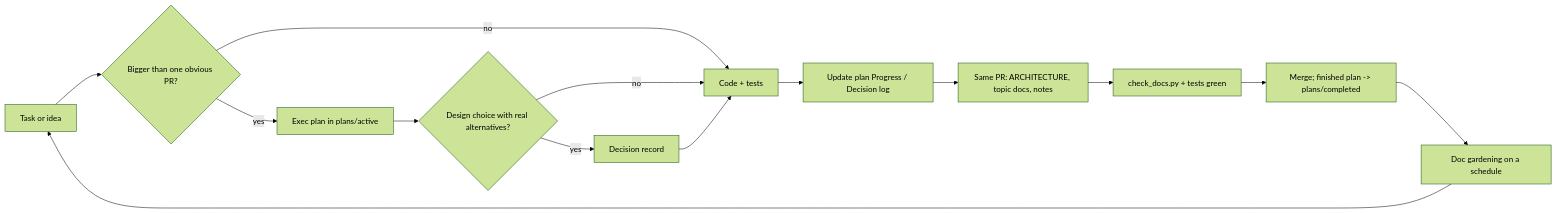
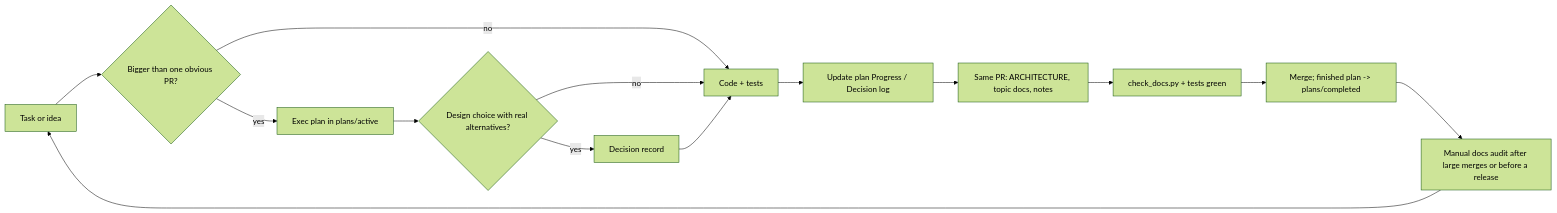
One commit to maolonglong/async-doctor changed the diagram in .agents/skills/agent-docs-workflow/template/docs/workflow.md. Above: the diagram before and after it, drawn with Mermaid (forest theme). The commit also changed other lines of this file and 46 other files, not shown here.

````diff
--- a/.agents/skills/agent-docs-workflow/template/docs/workflow.md
+++ b/.agents/skills/agent-docs-workflow/template/docs/workflow.md
@@ -7,16 +7,16 @@
 ```mermaid
 flowchart LR
   A[Task or idea] --> B{Bigger than one obvious PR?}
   B -- no --> E[Code + tests]
   B -- yes --> C[Exec plan in plans/active]
   C --> D{Design choice with real alternatives?}
   D -- yes --> D2[Decision record]
   D -- no --> E
   D2 --> E
   E --> F[Update plan Progress / Decision log]
   F --> G[Same PR: ARCHITECTURE, topic docs, notes]
   G --> H[check_docs.py + tests green]
   H --> I[Merge; finished plan -> plans/completed]
-  I --> J[Doc gardening on a schedule]
+  I --> J[Manual docs audit after large merges or before a release]
   J --> A
 ```
````
